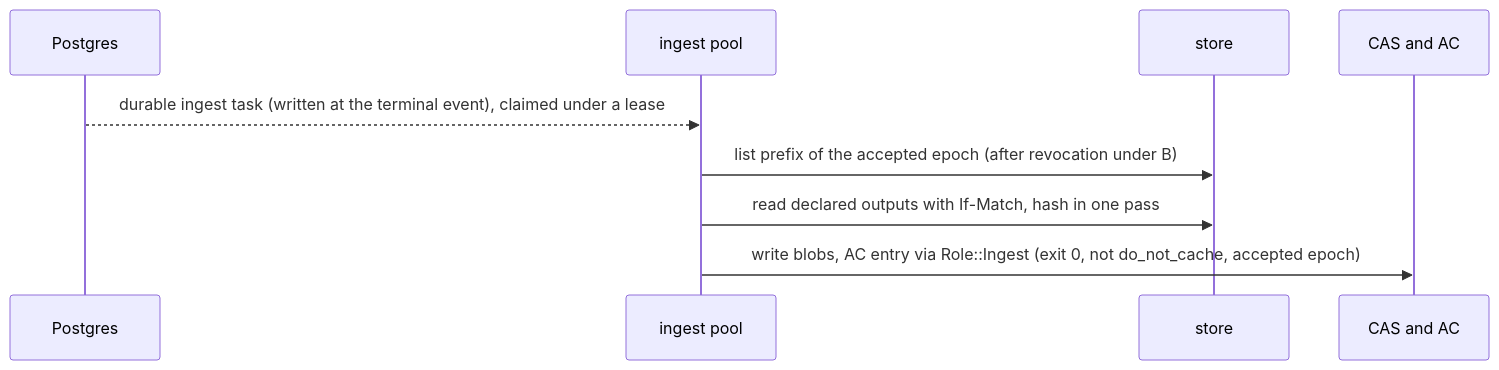
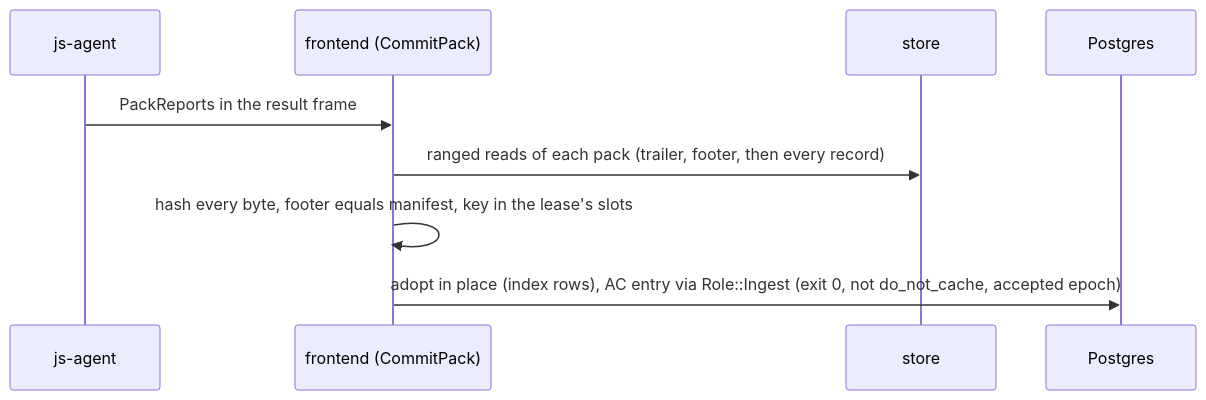
The tenth of 14 diagrams in docs/design/kbf-on-js-agent.md (komira-ai/jobscheduler), drawn with Mermaid before and after one commit. The commit also changed other lines of this file and 5 other files, not shown here.

````diff
--- a/docs/design/kbf-on-js-agent.md
+++ b/docs/design/kbf-on-js-agent.md
@@ -430,11 +471,11 @@
 ```mermaid
 sequenceDiagram
+  participant G as js-agent
+  participant F as frontend (CommitPack)
+  participant O as store
   participant D as Postgres
-  participant N as ingest pool
-  participant O as store
-  participant C as CAS and AC
-  D-->>N: durable ingest task (written at the terminal event), claimed under a lease
-  N->>O: list prefix of the accepted epoch (after revocation under B)
-  N->>O: read declared outputs with If-Match, hash in one pass
-  N->>C: write blobs, AC entry via Role::Ingest (exit 0, not do_not_cache, accepted epoch)
+  G->>F: PackReports in the result frame
+  F->>O: ranged reads of each pack (trailer, footer, then every record)
+  F->>F: hash every byte, footer equals manifest, key in the lease's slots
+  F->>D: adopt in place (index rows), AC entry via Role::Ingest (exit 0, not do_not_cache, accepted epoch)
 ```
````
